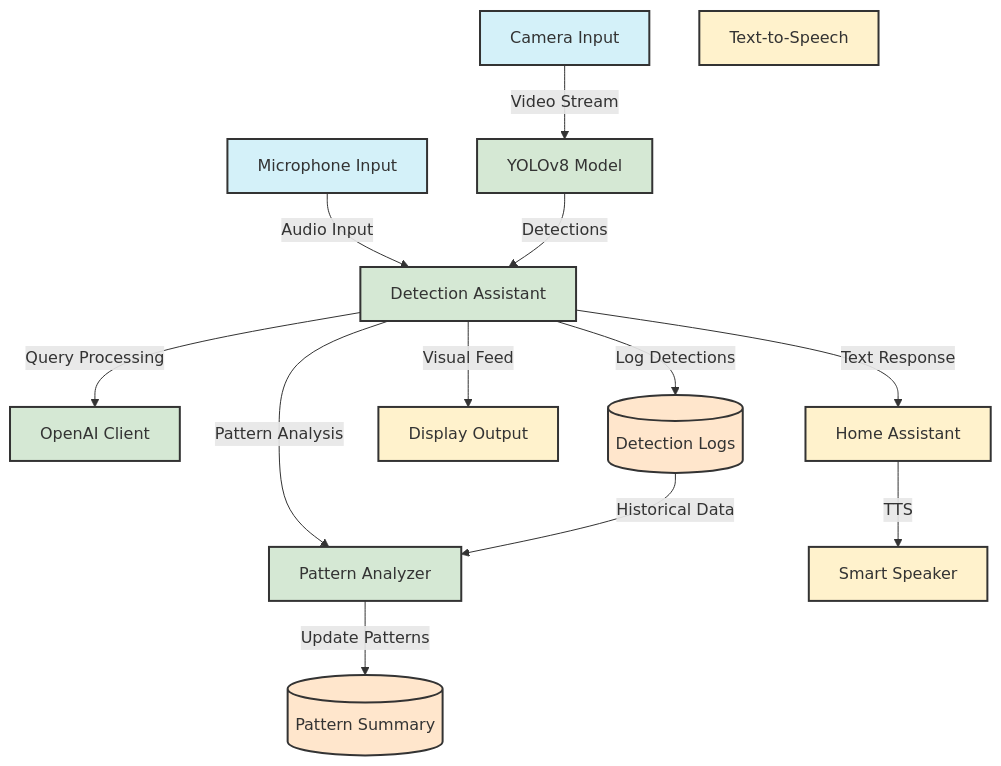
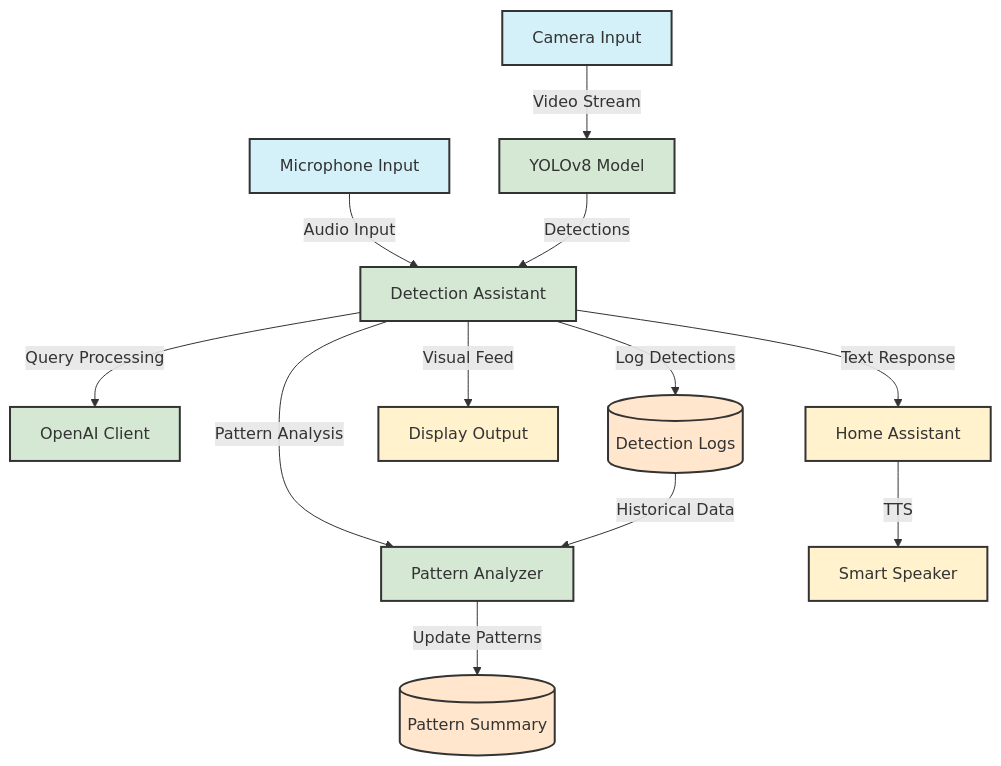
One commit to hawksley71/vision-assistant changed the diagram in README.md. Above: the diagram before and after it, drawn with Mermaid. The commit also changed other lines of this file, not shown here.

````diff
--- a/README.md
+++ b/README.md
@@ -6,52 +6,51 @@
 ```mermaid
 graph TB
     %% Input Devices
     Camera[Camera Input]
     Microphone[Microphone Input]
     
     %% Core Components
     YOLO[YOLOv8 Model]
     Assistant[Detection Assistant]
     PatternAnalyzer[Pattern Analyzer]
     OpenAI[OpenAI Client]
     
     %% Data Storage
     DetectionLogs[(Detection Logs)]
     PatternSummary[(Pattern Summary)]
     
     %% Output Devices
     Display[Display Output]
-    TTS[Text-to-Speech]
     HA[Home Assistant]
     Speaker[Smart Speaker]
     
     %% Input Device Connections
     Camera -->|Video Stream| YOLO
     Microphone -->|Audio Input| Assistant
     
     %% Core Component Connections
     YOLO -->|Detections| Assistant
     Assistant -->|Pattern Analysis| PatternAnalyzer
     Assistant -->|Query Processing| OpenAI
     
     %% Data Storage Connections
     Assistant -->|Log Detections| DetectionLogs
     PatternAnalyzer -->|Update Patterns| PatternSummary
     DetectionLogs -->|Historical Data| PatternAnalyzer
     
     %% Output Device Connections
     Assistant -->|Visual Feed| Display
     Assistant -->|Text Response| HA
     HA -->|TTS| Speaker
     
     %% Styling
     classDef input fill:#d4f1f9,stroke:#333,stroke-width:2px
     classDef core fill:#d5e8d4,stroke:#333,stroke-width:2px
     classDef storage fill:#ffe6cc,stroke:#333,stroke-width:2px
     classDef output fill:#fff2cc,stroke:#333,stroke-width:2px
     
     class Camera,Microphone input
     class YOLO,Assistant,PatternAnalyzer,OpenAI core
     class DetectionLogs,PatternSummary storage
     class Display,TTS,HA,Speaker output
 ```
````
